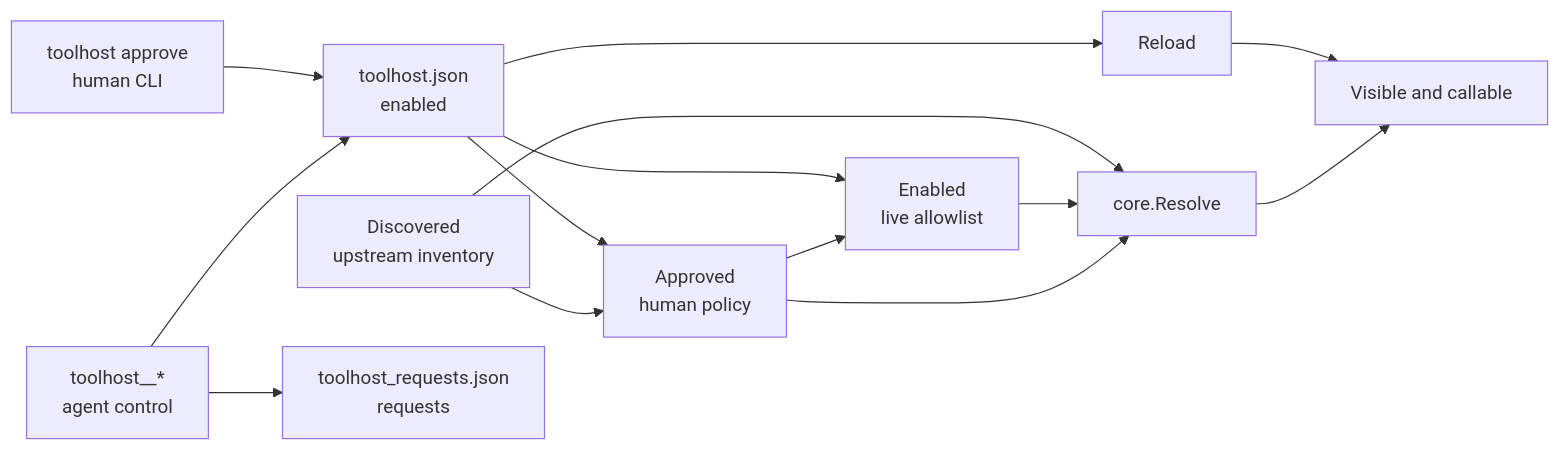
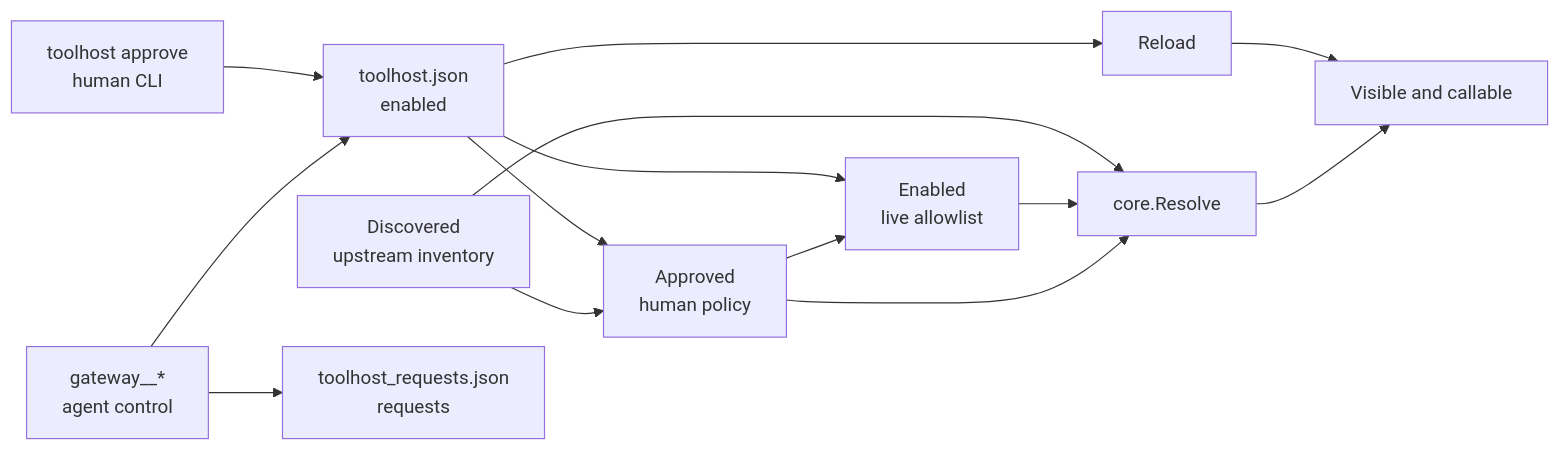
One commit to gettoolhost/toolhost-local changed the second of 3 diagrams in docs/ARCHITECTURE.md. Above: the diagram before and after it, drawn with Mermaid. The commit also changed other lines of this file and 23 other files, not shown here.

First line of the commit message:
gateway__* surface: five verbs, mcp registry, requests queue, help

````diff
--- a/docs/ARCHITECTURE.md
+++ b/docs/ARCHITECTURE.md
@@ -33,13 +33,13 @@
 ```mermaid
 flowchart LR
   discover["Discovered<br/>upstream inventory"] --> approve["Approved<br/>human policy"] --> enable["Enabled<br/>live allowlist"]
   approve --> resolve["core.Resolve"]
   enable --> resolve
   discover --> resolve
   resolve --> surface["Visible and callable"]
-  meta["toolhost__*<br/>agent control"] --> config["toolhost.json<br/>enabled"] & state["toolhost_requests.json<br/>requests"]
+  meta["gateway__*<br/>agent control"] --> config["toolhost.json<br/>enabled"] & state["toolhost_requests.json<br/>requests"]
   human["toolhost approve<br/>human CLI"] --> config
   config --> approve
   config --> enable
   config --> reload["Reload"] --> surface
 ```
````
